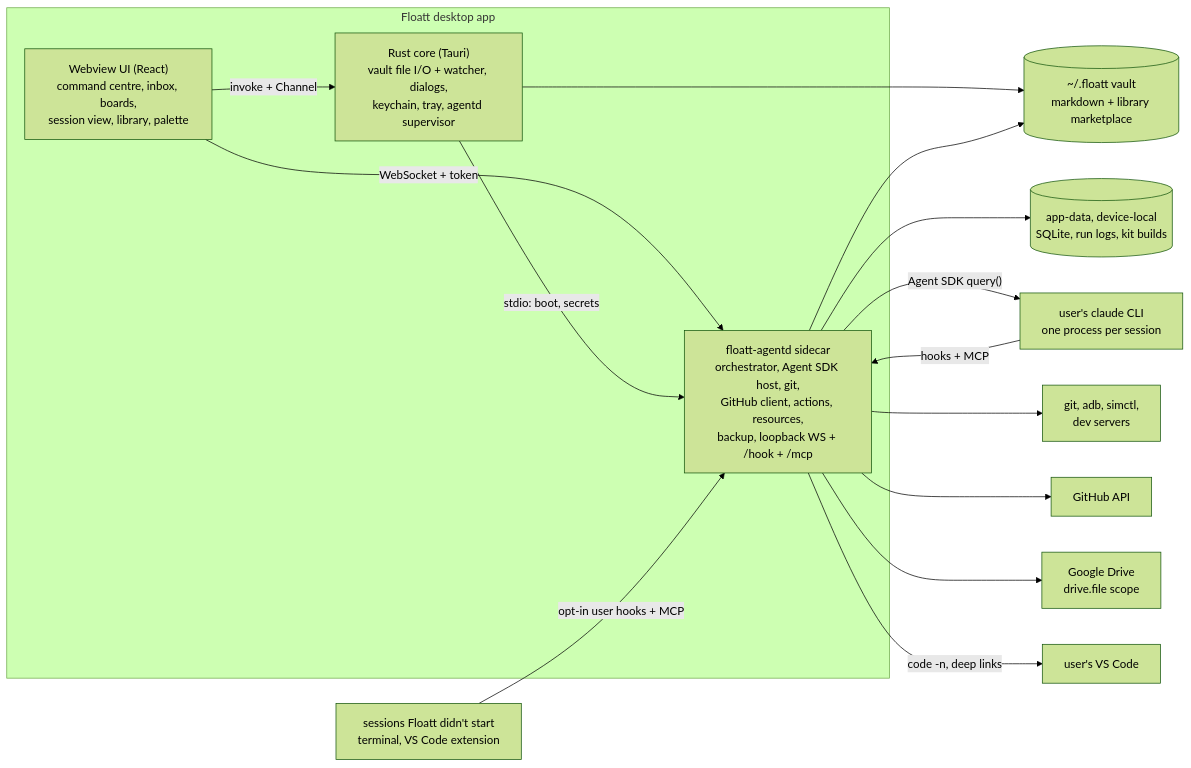
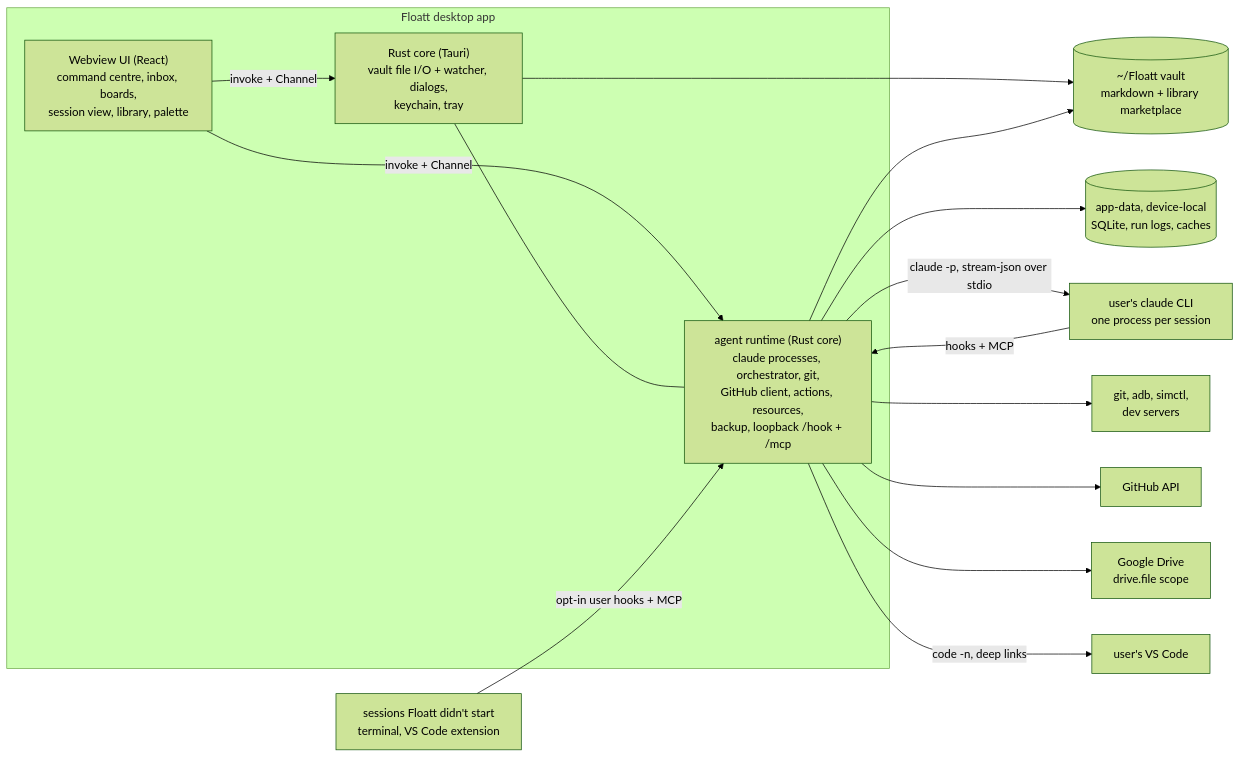
One commit to abappi19/floatt changed the diagram in docs/future-plan/claude-code-command-centre-plan.md. Above: the diagram before and after it, drawn with Mermaid (forest theme). The commit also changed other lines of this file and 2 other files, not shown here.

````diff
--- a/docs/future-plan/claude-code-command-centre-plan.md
+++ b/docs/future-plan/claude-code-command-centre-plan.md
@@ -137,29 +155,29 @@
 ```mermaid
 flowchart LR
   subgraph App["Floatt desktop app"]
     UI["Webview UI (React)<br/>command centre, inbox, boards,<br/>session view, library, palette"]
-    Rust["Rust core (Tauri)<br/>vault file I/O + watcher, dialogs,<br/>keychain, tray, agentd supervisor"]
-    Agentd["floatt-agentd sidecar<br/>orchestrator, Agent SDK host, git,<br/>GitHub client, actions, resources,<br/>backup, loopback WS + /hook + /mcp"]
+    Rust["Rust core (Tauri)<br/>vault file I/O + watcher, dialogs,<br/>keychain, tray"]
+    Agentd["agent runtime (Rust core)<br/>claude processes, orchestrator, git,<br/>GitHub client, actions, resources,<br/>backup, loopback /hook + /mcp"]
   end
-  Vault[("~/.floatt vault<br/>markdown + library marketplace")]
-  Local[("app-data, device-local<br/>SQLite, run logs, kit builds")]
+  Vault[("~/Floatt vault<br/>markdown + library marketplace")]
+  Local[("app-data, device-local<br/>SQLite, run logs, caches")]
   Claude["user's claude CLI<br/>one process per session"]
   Outside["sessions Floatt didn't start<br/>terminal, VS Code extension"]
   Tools["git, adb, simctl,<br/>dev servers"]
   VSCode["user's VS Code"]
   GH["GitHub API"]
   Drive["Google Drive<br/>drive.file scope"]
   UI -- "invoke + Channel" --> Rust
-  UI -- "WebSocket + token" --> Agentd
-  Rust -- "stdio: boot, secrets" --> Agentd
+  UI -- "invoke + Channel" --> Agentd
+  Rust --- Agentd
   Rust --> Vault
   Agentd --> Vault
   Agentd --> Local
-  Agentd -- "Agent SDK query()" --> Claude
+  Agentd -- "claude -p, stream-json over stdio" --> Claude
   Claude -- "hooks + MCP" --> Agentd
   Outside -- "opt-in user hooks + MCP" --> Agentd
   Agentd --> Tools
   Agentd --> GH
   Agentd --> Drive
   Agentd -- "code -n, deep links" --> VSCode
 ```
````
